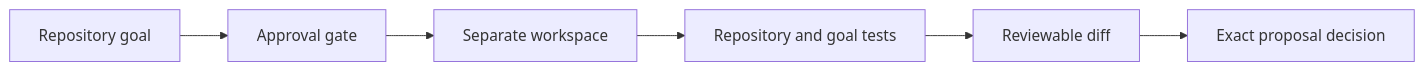
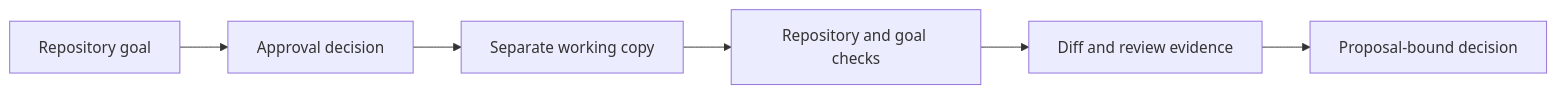
One commit to RedRookAI/keep-research-preview changed the diagram in README.md. Above: the diagram before and after it, drawn with Mermaid. The commit also changed other lines of this file and 51 other files, not shown here.

````diff
--- a/README.md
+++ b/README.md
@@ -27,8 +29,8 @@
 ```mermaid
 flowchart LR
-    Goal[Repository goal] --> Approval[Approval gate]
-    Approval --> Workspace[Separate workspace]
-    Workspace --> Tests[Repository and goal tests]
-    Tests --> Proposal[Reviewable diff]
-    Proposal --> Decision[Exact proposal decision]
+    Goal[Repository goal] --> Approval[Approval decision]
+    Approval --> Workspace[Separate working copy]
+    Workspace --> Checks[Repository and goal checks]
+    Checks --> Proposal[Diff and review evidence]
+    Proposal --> Decision[Proposal-bound decision]
 ```
````
